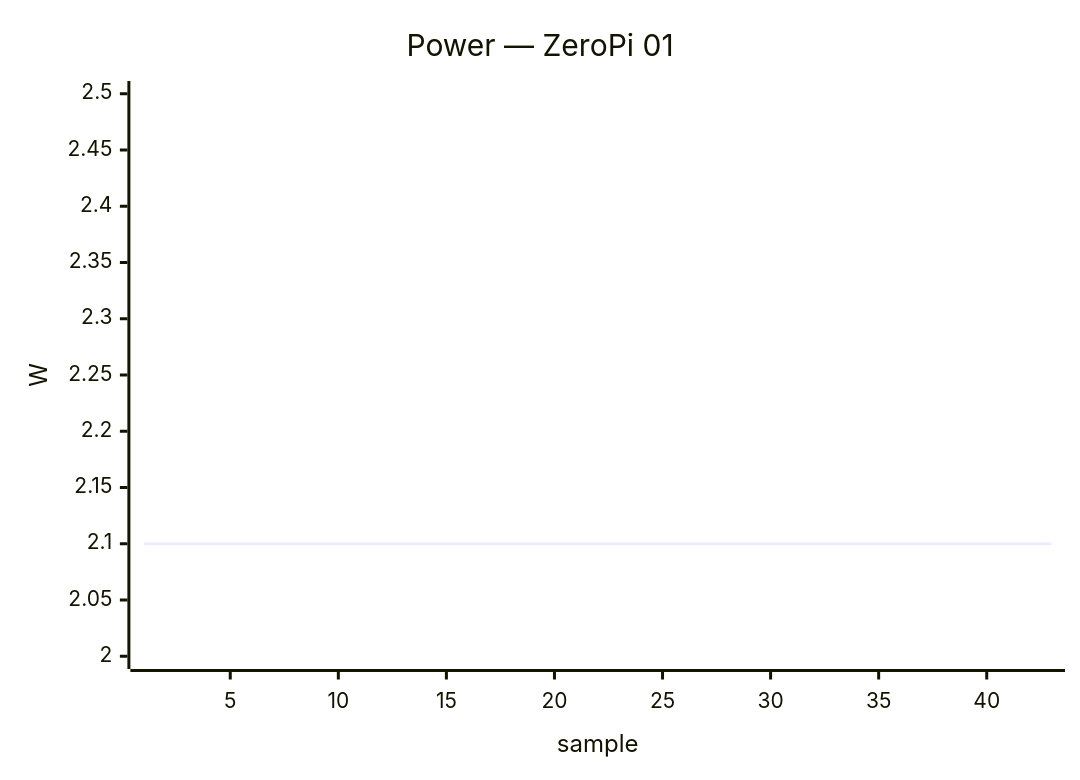
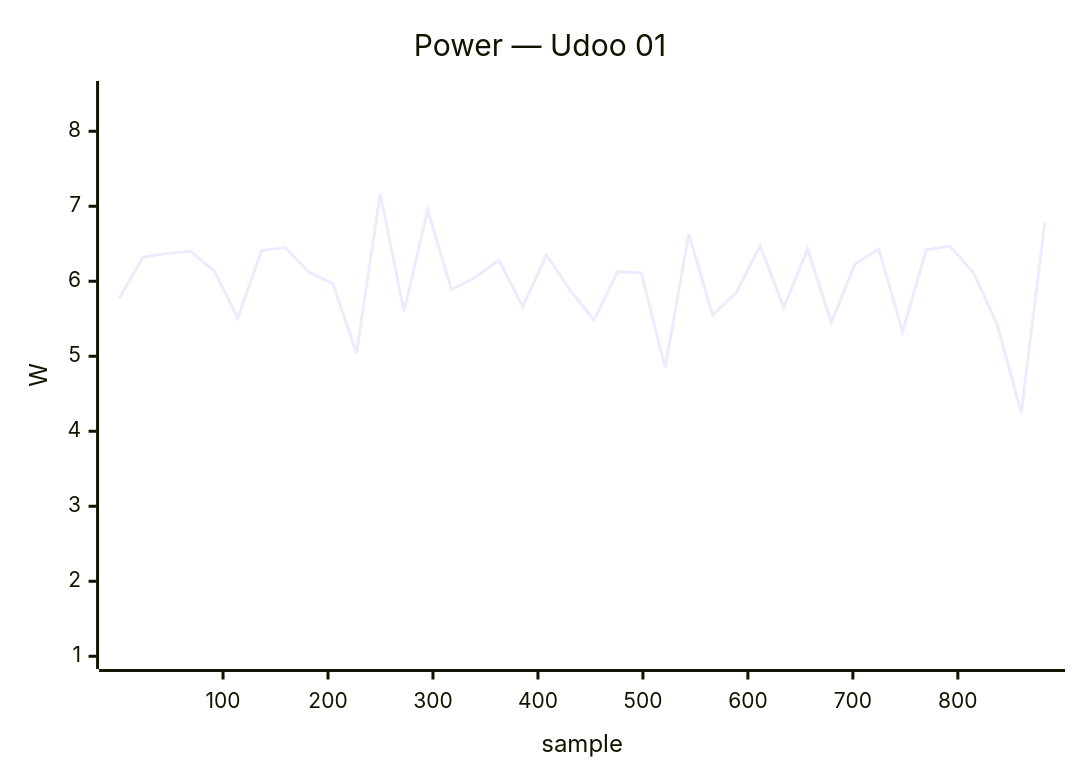
The ninth of 35 diagrams in docs/status/board-tests.md (armbian/documentation), drawn with Mermaid before and after one commit. The commit also changed other lines of this file, not shown here.

````diff
--- a/docs/status/board-tests.md
+++ b/docs/status/board-tests.md
@@ -273,7 +438,7 @@
 ```mermaid
 xychart-beta
-    title "Power — ZeroPi 01"
-    x-axis "sample" 1 --> 43
-    y-axis "W" 2.0 --> 2.5
-    line [2.10, 2.10, 2.10, 2.10, 2.10, 2.10, 2.10, 2.10, 2.10, 2.10, 2.10, 2.10, 2.10, 2.10, 2.10, 2.10, 2.10, 2.10, 2.10, 2.10, 2.10, 2.10, 2.10, 2.10, 2.10, 2.10, 2.10, 2.10, 2.10, 2.10, 2.10, 2.10, 2.10, 2.10, 2.10, 2.10, 2.10, 2.10, 2.10, 2.10]
+    title "Power — Udoo 01"
+    x-axis "sample" 1 --> 883
+    y-axis "W" 1.0 --> 8.5
+    line [5.77, 6.32, 6.37, 6.40, 6.14, 5.51, 6.41, 6.45, 6.12, 5.97, 5.04, 7.17, 5.60, 6.95, 5.89, 6.05, 6.28, 5.66, 6.35, 5.88, 5.48, 6.13, 6.11, 4.85, 6.63, 5.55, 5.85, 6.47, 5.65, 6.43, 5.45, 6.23, 6.43, 5.33, 6.42, 6.47, 6.11, 5.41, 4.25, 6.79]
 ```
````
